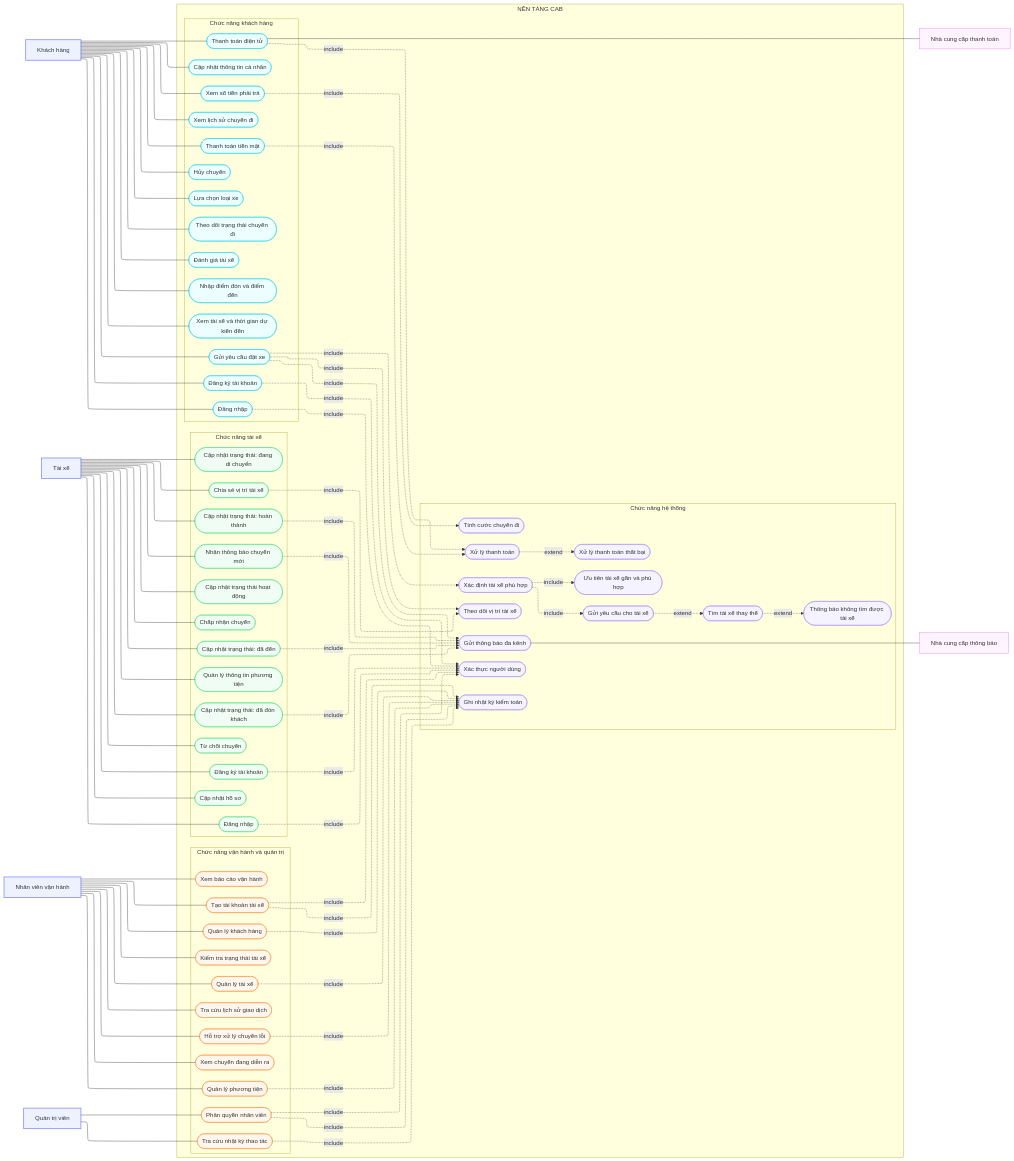
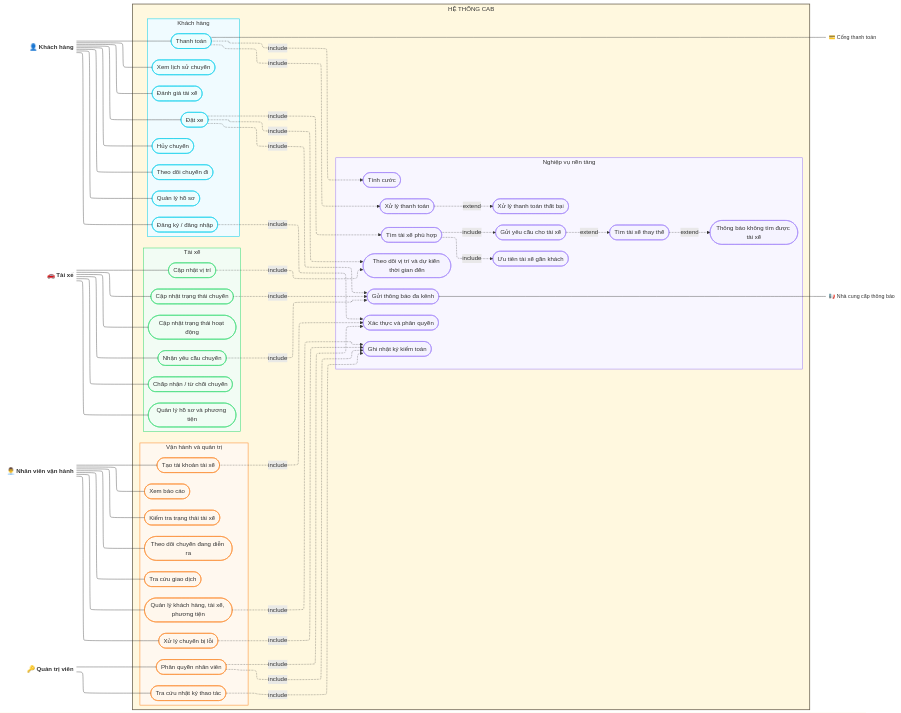
The fourth of 4 diagrams in README.md (MNghia05/23645261_NguyenMinhNghia_Capsystem), drawn with Mermaid before and after one commit.

````diff
--- a/README.md
+++ b/README.md
@@ -198,72 +198,61 @@
   layout: elk
 ---
 flowchart LR
-    Customer["Khách hàng"]
-    Driver["Tài xế"]
-    Operator["Nhân viên vận hành"]
-    Admin["Quản trị viên"]
-    Payment["Nhà cung cấp thanh toán"]
-    Notify["Nhà cung cấp thông báo"]
+    Customer@{ shape: text, label: "👤 Khách hàng" }
+    Driver@{ shape: text, label: "🚗 Tài xế" }
+    Operator@{ shape: text, label: "👨‍💼 Nhân viên vận hành" }
+    Admin@{ shape: text, label: "🔑 Quản trị viên" }
+    Payment@{ shape: text, label: "💳 Cổng thanh toán" }
+    Notify@{ shape: text, label: "📢 Nhà cung cấp thông báo" }
 
-    subgraph CAB["NỀN TẢNG CAB"]
+    subgraph CAB["HỆ THỐNG CAB"]
         direction TB
 
-        subgraph CustomerUseCases["Chức năng khách hàng"]
-            C1(["Đăng ký tài khoản"])
-            C2(["Đăng nhập"])
-            C3(["Cập nhật thông tin cá nhân"])
-            C4(["Nhập điểm đón và điểm đến"])
-            C5(["Lựa chọn loại xe"])
-            C6(["Gửi yêu cầu đặt xe"])
-            C7(["Theo dõi trạng thái chuyến đi"])
-            C8(["Xem tài xế và thời gian dự kiến đến"])
-            C9(["Xem lịch sử chuyến đi"])
-            C10(["Xem số tiền phải trả"])
-            C11(["Thanh toán tiền mặt"])
-            C12(["Thanh toán điện tử"])
-            C13(["Đánh giá tài xế"])
-            C14(["Hủy chuyến"])
+        subgraph CustomerArea["Khách hàng"]
+            direction LR
+            C1(["Đăng ký / đăng nhập"])
+            C2(["Quản lý hồ sơ"])
+            C3(["Đặt xe"])
+            C4(["Theo dõi chuyến đi"])
+            C5(["Xem lịch sử chuyến"])
+            C6(["Thanh toán"])
+            C7(["Đánh giá tài xế"])
+            C8(["Hủy chuyến"])
         end
 
-        subgraph DriverUseCases["Chức năng tài xế"]
-            D1(["Đăng ký tài khoản"])
-            D2(["Đăng nhập"])
-            D3(["Cập nhật hồ sơ"])
-            D4(["Quản lý thông tin phương tiện"])
-            D5(["Cập nhật trạng thái hoạt động"])
-            D6(["Nhận thông báo chuyến mới"])
-            D7(["Chấp nhận chuyến"])
-            D8(["Từ chối chuyến"])
-            D9(["Cập nhật trạng thái: đã đến"])
-            D10(["Cập nhật trạng thái: đã đón khách"])
-            D11(["Cập nhật trạng thái: đang di chuyển"])
-            D12(["Cập nhật trạng thái: hoàn thành"])
-            D13(["Chia sẻ vị trí tài xế"])
+        subgraph DriverArea["Tài xế"]
+            direction LR
+            D1(["Quản lý hồ sơ và phương tiện"])
+            D2(["Cập nhật trạng thái hoạt động"])
+            D3(["Nhận yêu cầu chuyến"])
+            D4(["Chấp nhận / từ chối chuyến"])
+            D5(["Cập nhật trạng thái chuyến"])
+            D6(["Cập nhật vị trí"])
         end
 
-        subgraph OperationsUseCases["Chức năng vận hành và quản trị"]
+        subgraph OperationArea["Vận hành và quản trị"]
+            direction LR
             O1(["Tạo tài khoản tài xế"])
-            O2(["Quản lý khách hàng"])
-            O3(["Quản lý tài xế"])
-            O4(["Quản lý phương tiện"])
-            O5(["Xem chuyến đang diễn ra"])
-            O6(["Kiểm tra trạng thái tài xế"])
-            O7(["Hỗ trợ xử lý chuyến lỗi"])
-            O8(["Tra cứu lịch sử giao dịch"])
-            O9(["Phân quyền nhân viên"])
-            O10(["Xem báo cáo vận hành"])
-            O11(["Tra cứu nhật ký thao tác"])
+            O2(["Quản lý khách hàng, tài xế, phương tiện"])
+            O3(["Theo dõi chuyến đang diễn ra"])
+            O4(["Kiểm tra trạng thái tài xế"])
+            O5(["Xử lý chuyến bị lỗi"])
+            O6(["Tra cứu giao dịch"])
+            O7(["Phân quyền nhân viên"])
+            O8(["Xem báo cáo"])
+            O9(["Tra cứu nhật ký thao tác"])
         end
 
-        subgraph SystemUseCases["Chức năng hệ thống"]
-            S1(["Xác thực người dùng"])
-            S2(["Xác định tài xế phù hợp"])
-            S3(["Ưu tiên tài xế gần và phù hợp"])
+        subgraph CoreArea["Nghiệp vụ nền tảng"]
+            direction LR
+            S1(["Xác thực và phân quyền"])
+            S2(["Tìm tài xế phù hợp"])
+            S3(["Ưu tiên tài xế gần khách"])
             S4(["Gửi yêu cầu cho tài xế"])
             S5(["Tìm tài xế thay thế"])
             S6(["Thông báo không tìm được tài xế"])
-            S7(["Theo dõi vị trí tài xế"])
-            S8(["Tính cước chuyến đi"])
+            S7(["Theo dõi vị trí và dự kiến thời gian đến"])
+            S8(["Tính cước"])
             S9(["Xử lý thanh toán"])
             S10(["Xử lý thanh toán thất bại"])
             S11(["Gửi thông báo đa kênh"])
@@ -279,12 +268,6 @@
     Customer --- C6
     Customer --- C7
     Customer --- C8
-    Customer --- C9
-    Customer --- C10
-    Customer --- C11
-    Customer --- C12
-    Customer --- C13
-    Customer --- C14
 
     Driver --- D1
     Driver --- D2
@@ -292,13 +275,6 @@
     Driver --- D4
     Driver --- D5
     Driver --- D6
-    Driver --- D7
-    Driver --- D8
-    Driver --- D9
-    Driver --- D10
-    Driver --- D11
-    Driver --- D12
-    Driver --- D13
 
     Operator --- O1
     Operator --- O2
@@ -306,57 +282,52 @@
     Operator --- O4
     Operator --- O5
     Operator --- O6
-    Operator --- O7
     Operator --- O8
-    Operator --- O10
 
+    Admin --- O7
     Admin --- O9
-    Admin --- O11
 
     C1 -.->|include| S1
-    C2 -.->|include| S1
-    D1 -.->|include| S1
-    D2 -.->|include| S1
-    C6 -.->|include| S2
+    C3 -.->|include| S2
     S2 -.->|include| S3
     S2 -.->|include| S4
     S4 -.->|extend| S5
     S5 -.->|extend| S6
-    C6 -.->|include| S11
-    D6 -.->|include| S11
-    D9 -.->|include| S11
-    D10 -.->|include| S11
-    D12 -.->|include| S11
-    C6 -.->|include| S7
-    D13 -.->|include| S7
-    C10 -.->|include| S8
-    C11 -.->|include| S9
-    C12 -.->|include| S9
+    C3 -.->|include| S7
+    D6 -.->|include| S7
+    C6 -.->|include| S8
+    C6 -.->|include| S9
     S9 -.->|extend| S10
+    C3 -.->|include| S11
+    D3 -.->|include| S11
+    D5 -.->|include| S11
     O1 -.->|include| S1
-    O9 -.->|include| S1
-    O1 -.->|include| S12
+    O7 -.->|include| S1
     O2 -.->|include| S12
-    O3 -.->|include| S12
-    O4 -.->|include| S12
+    O5 -.->|include| S12
     O7 -.->|include| S12
     O9 -.->|include| S12
-    O11 -.->|include| S12
 
-    C12 --- Payment
+    C6 --- Payment
     S11 --- Notify
 
-    classDef actor fill:#eef2ff,stroke:#818cf8,stroke-width:2px
-    classDef customer fill:#ecfeff,stroke:#22d3ee
-    classDef driver fill:#f0fdf4,stroke:#4ade80
-    classDef operations fill:#fff7ed,stroke:#fb923c
-    classDef system fill:#f5f3ff,stroke:#a78bfa
-    classDef external fill:#fdf4ff,stroke:#e879f9
+    classDef actor fill:none,stroke:none,font-size:16px,font-weight:bold
+    classDef customer fill:#ecfeff,stroke:#22d3ee,stroke-width:1.5px
+    classDef driver fill:#f0fdf4,stroke:#4ade80,stroke-width:1.5px
+    classDef operation fill:#fff7ed,stroke:#fb923c,stroke-width:1.5px
+    classDef core fill:#f5f3ff,stroke:#a78bfa,stroke-width:1.5px
+    classDef external fill:none,stroke:none,font-size:14px
 
     class Customer,Driver,Operator,Admin actor
-    class C1,C2,C3,C4,C5,C6,C7,C8,C9,C10,C11,C12,C13,C14 customer
-    class D1,D2,D3,D4,D5,D6,D7,D8,D9,D10,D11,D12,D13 driver
-    class O1,O2,O3,O4,O5,O6,O7,O8,O9,O10,O11 operations
-    class S1,S2,S3,S4,S5,S6,S7,S8,S9,S10,S11,S12 system
     class Payment,Notify external
+    class C1,C2,C3,C4,C5,C6,C7,C8 customer
+    class D1,D2,D3,D4,D5,D6 driver
+    class O1,O2,O3,O4,O5,O6,O7,O8,O9 operation
+    class S1,S2,S3,S4,S5,S6,S7,S8,S9,S10,S11,S12 core
+
+    style CAB fill:#fff8df,stroke:#6b6250,stroke-width:2px
+    style CustomerArea fill:#f0fbff,stroke:#22d3ee,stroke-width:1.5px
+    style DriverArea fill:#f2fcf4,stroke:#4ade80,stroke-width:1.5px
+    style OperationArea fill:#fff8ef,stroke:#fb923c,stroke-width:1.5px
+    style CoreArea fill:#f8f6ff,stroke:#a78bfa,stroke-width:1.5px
 ```
````
